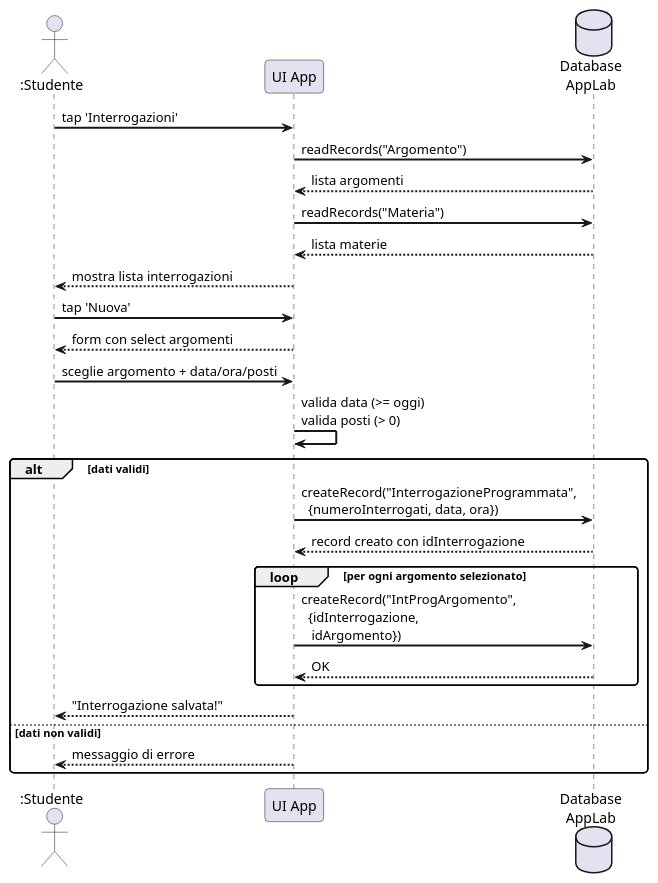
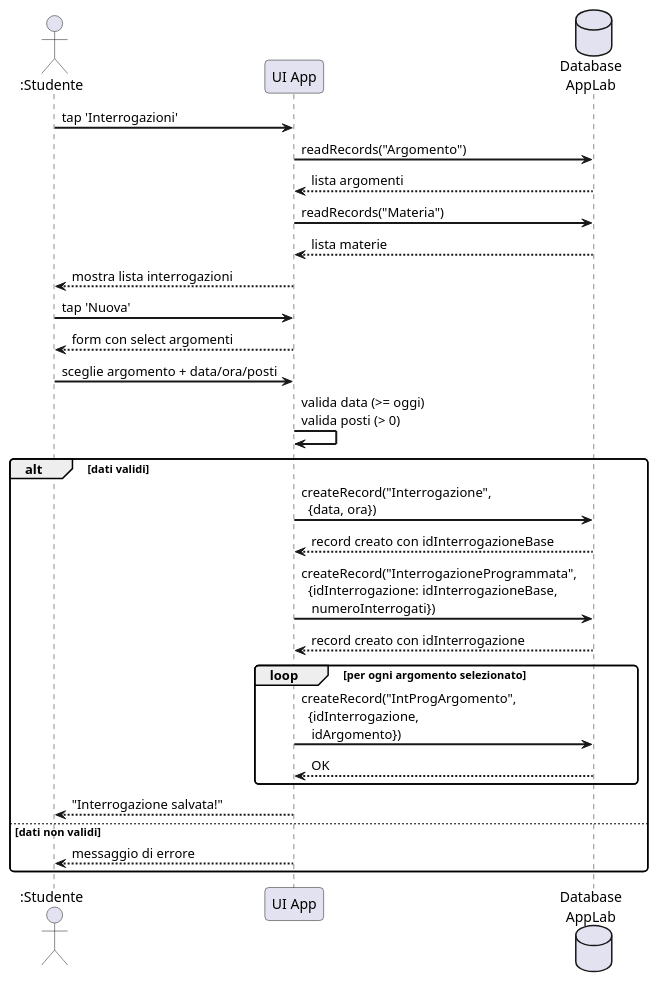
One commit to gionatamassibenincasa/study-together changed the third of 8 diagrams in srs.adoc. Above: the diagram before and after it, drawn with PlantUML. The commit also changed other lines of this file and 7 other files, not shown here.

```diff
--- a/srs.adoc
+++ b/srs.adoc
@@ -625,38 +625,40 @@
 [plantuml, sd-inserimento-interrogazione, svg]
 ....
 @startuml
 skinparam sequenceArrowThickness 2
 skinparam roundcorner 8
 
 actor ":Studente" as S
 participant "UI App" as UI
 database "Database\nAppLab" as DB
 
 S -> UI : tap 'Interrogazioni'
 UI -> DB : readRecords("Argomento")
 DB --> UI : lista argomenti
 UI -> DB : readRecords("Materia")
 DB --> UI : lista materie
 
 UI --> S : mostra lista interrogazioni
 
 S -> UI : tap 'Nuova'
 UI --> S : form con select argomenti
 
 S -> UI : sceglie argomento + data/ora/posti
 
 UI -> UI : valida data (>= oggi)\nvalida posti (> 0)
 
 alt dati validi
-  UI -> DB : createRecord("InterrogazioneProgrammata",\n  {numeroInterrogati, data, ora})
+  UI -> DB : createRecord("Interrogazione",\n  {data, ora})
+  DB --> UI : record creato con idInterrogazioneBase
+  UI -> DB : createRecord("InterrogazioneProgrammata",\n  {idInterrogazione: idInterrogazioneBase,\n   numeroInterrogati})
   DB --> UI : record creato con idInterrogazione
   loop per ogni argomento selezionato
     UI -> DB : createRecord("IntProgArgomento",\n  {idInterrogazione,\n   idArgomento})
     DB --> UI : OK
   end
   UI --> S : "Interrogazione salvata!"
 else dati non validi
   UI --> S : messaggio di errore
 end
 @enduml
 ....
```
